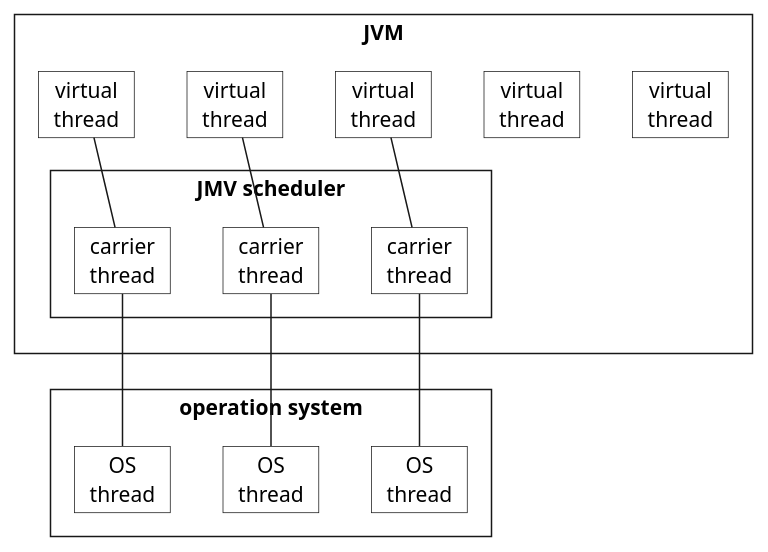
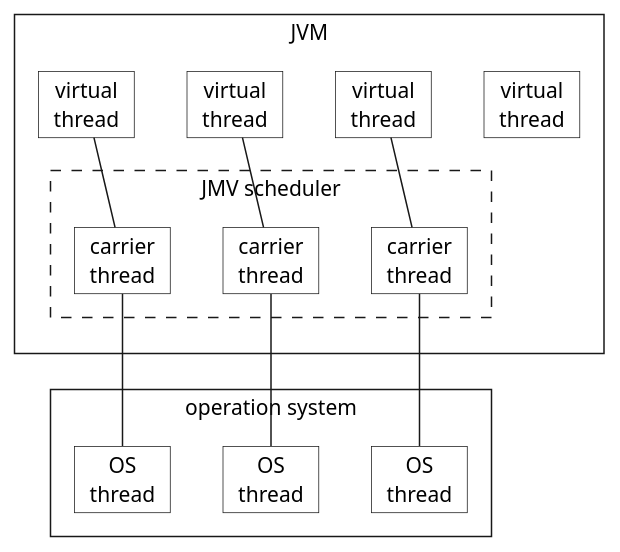
Before and after one commit to ti-cortex-m4/demo-java-virtual-threads2: the diagram in images/virtual_threads.puml, drawn with PlantUML. The commit also changed 2 other files, not shown here.

```diff
--- a/images/virtual_threads.puml
+++ b/images/virtual_threads.puml
@@ -1,44 +1,43 @@
 @startuml
 
 skinparam {
     defaultTextAlignment center
     roundCorner 0
     CardBackgroundColor transparent
     RectangleBackgroundColor transparent
     RectangleFontName Source Sans Pro
+    RectangleFontStyle normal
 }
 
 rectangle JVM {
   card "virtual\nthread" as VirtualThread1
   card "virtual\nthread" as VirtualThread2
   card "virtual\nthread" as VirtualThread3
   card "virtual\nthread" as VirtualThread4
-  card "virtual\nthread" as VirtualThread5
 
   VirtualThread1 -right[hidden]- VirtualThread2
   VirtualThread2 -right[hidden]- VirtualThread3
   VirtualThread3 -right[hidden]- VirtualThread4
-  VirtualThread4 -right[hidden]- VirtualThread5
 
-  rectangle "JMV scheduler" {
+  rectangle "JMV scheduler" #line.dashed {
     card "сarrier\nthread" as CarrierThread1
     card "сarrier\nthread" as CarrierThread2
     card "сarrier\nthread" as CarrierThread3
   }
 }
 
 rectangle "operation system" {
   card "OS\nthread" as OsThread1
   card "OS\nthread" as OsThread2
   card "OS\nthread" as OsThread3
 }
 
 OsThread1 -up- CarrierThread1
 OsThread2 -up- CarrierThread2
 OsThread3 -up- CarrierThread3
 
 CarrierThread1 -up- VirtualThread1
 CarrierThread2 -up- VirtualThread2
 CarrierThread3 -up- VirtualThread3
 
 @enduml
```
